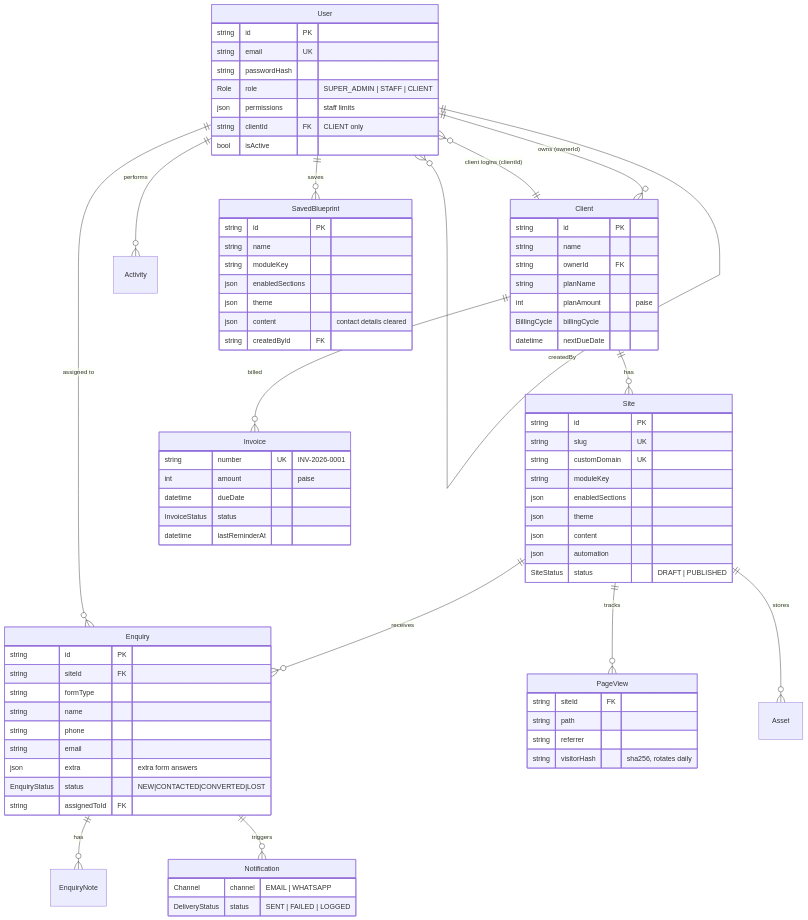
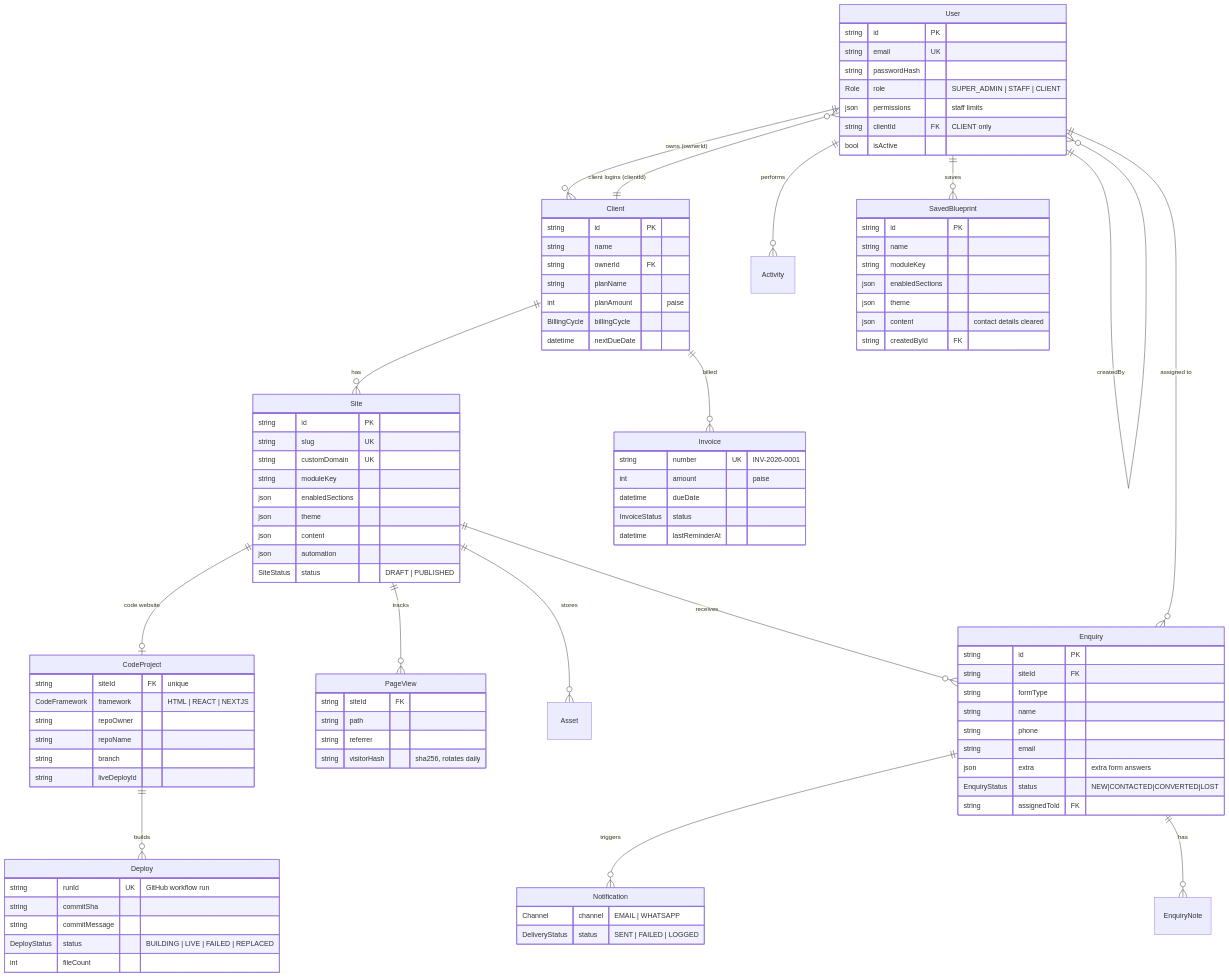
Before and after one commit to Ritiksharmaji/site-auto-matrix: the sixth of 11 diagrams in docs/SYSTEM_DESIGN.md, drawn with Mermaid. The commit also changed other lines of this file and 112 other files, not shown here.

```diff
--- a/docs/SYSTEM_DESIGN.md
+++ b/docs/SYSTEM_DESIGN.md
@@ -327,6 +334,8 @@
     User ||--o{ Enquiry : "assigned to"
     User ||--o{ Activity : performs
     User ||--o{ SavedBlueprint : saves
+    Site ||--o| CodeProject : "code website"
+    CodeProject ||--o{ Deploy : builds
 
     User {
         string id PK
@@ -388,6 +397,21 @@
         json content "contact details cleared"
         string createdById FK
     }
+    CodeProject {
+        string siteId FK "unique"
+        CodeFramework framework "HTML | REACT | NEXTJS"
+        string repoOwner
+        string repoName
+        string branch
+        string liveDeployId
+    }
+    Deploy {
+        string runId UK "GitHub workflow run"
+        string commitSha
+        string commitMessage
+        DeployStatus status "BUILDING | LIVE | FAILED | REPLACED"
+        int fileCount
+    }
     PageView {
         string siteId FK
         string path
```
